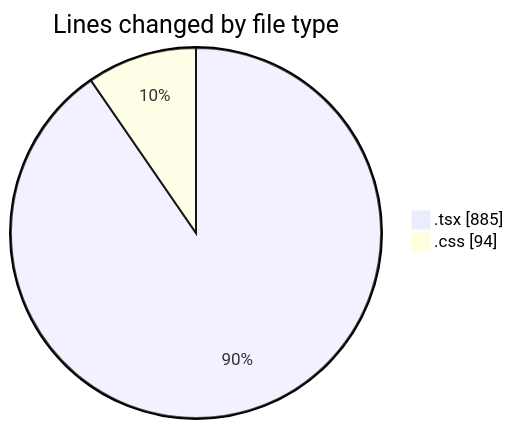
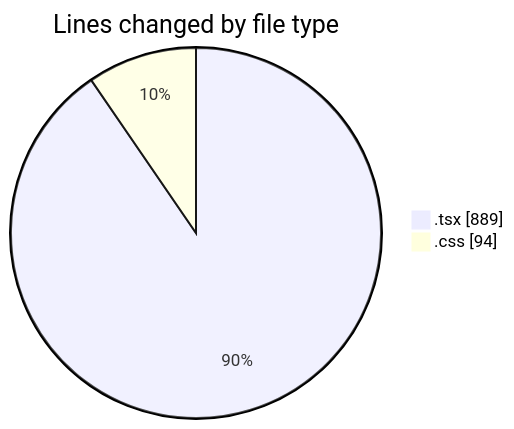
The first of 2 diagrams in 2025-02-07/portofolio/README.md (donsfak/code-tracking), drawn with Mermaid before and after one commit. The commit also changed other lines of this file and 1 other file, not shown here.

````diff
--- a/2025-02-07/portofolio/README.md
+++ b/2025-02-07/portofolio/README.md
@@ -21,6 +21,6 @@
 ```mermaid
 pie showData
 title Lines changed by file type
-".tsx" : 885
+".tsx" : 889
 ".css" : 94
 ```
````
